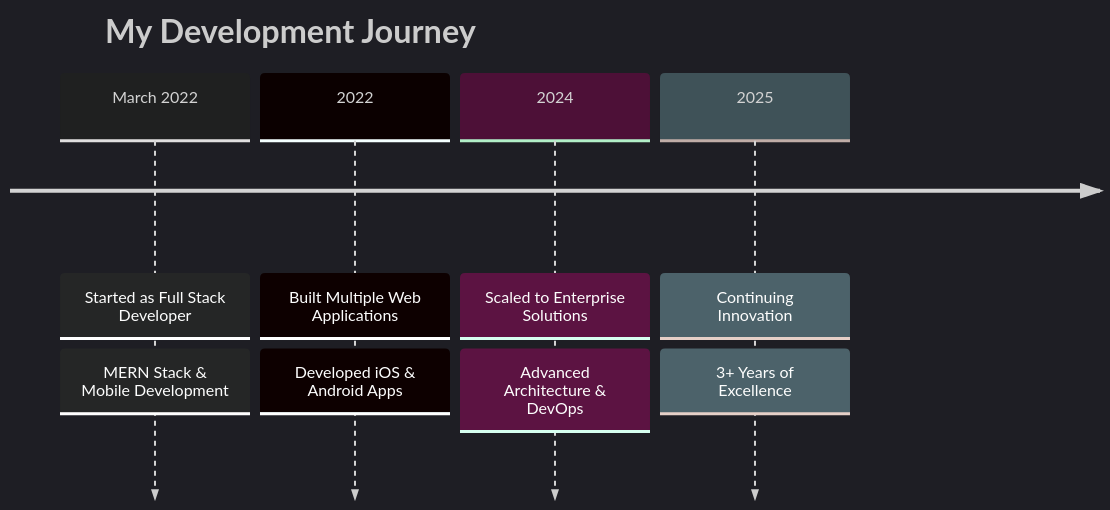
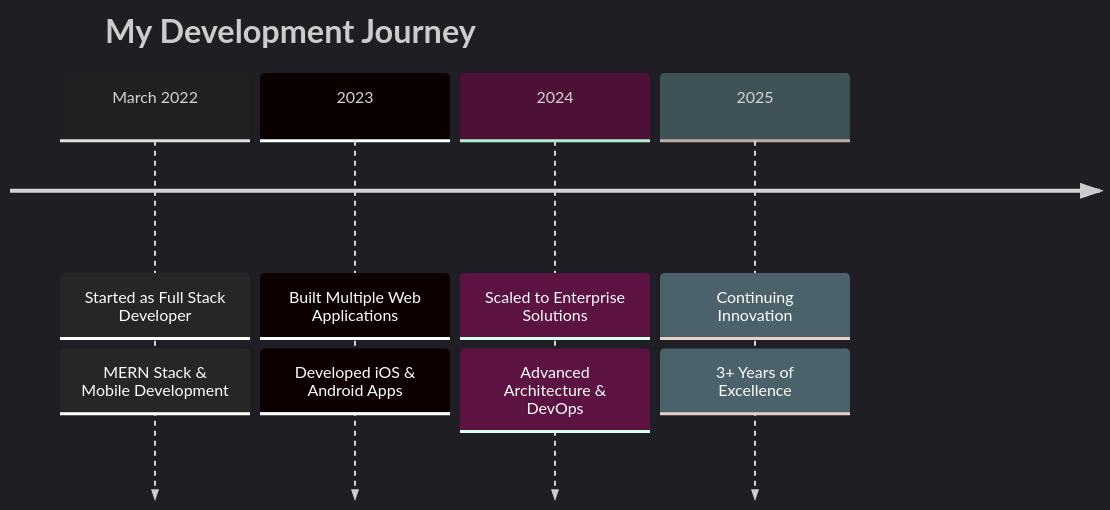
One commit to vipinnagar8700/vipinnagar8700 changed the diagram in README.md. Above: the diagram before and after it, drawn with Mermaid.

Commit message:
Update timeline to reflect 2023 achievements

````diff
--- a/README.md
+++ b/README.md
@@ -26,13 +26,13 @@
 ```mermaid
 %%{init: {'theme':'dark'}}%%
 timeline
     title My Development Journey
     March 2022 : Started as Full Stack Developer
                : MERN Stack & Mobile Development
-    2022 : Built Multiple Web Applications
+    2023 : Built Multiple Web Applications
          : Developed iOS & Android Apps
     2024 : Scaled to Enterprise Solutions
          : Advanced Architecture & DevOps
     2025 : Continuing Innovation
          : 3+ Years of Excellence
 ```
````
